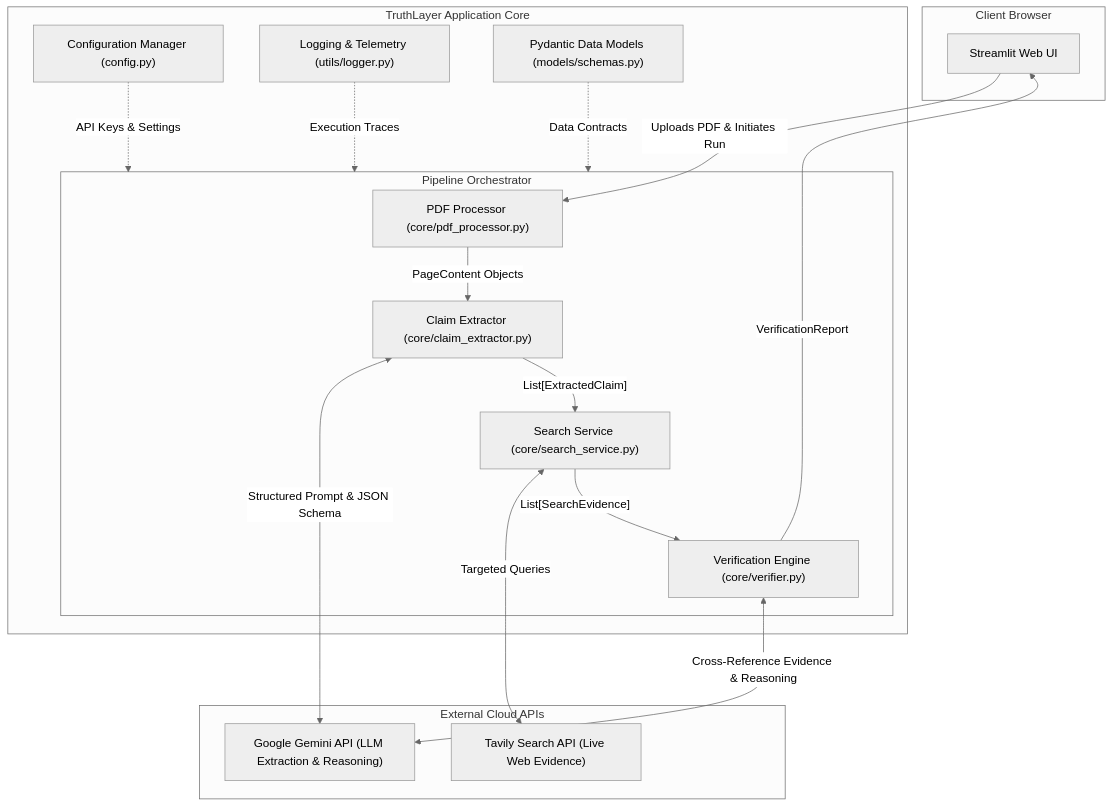
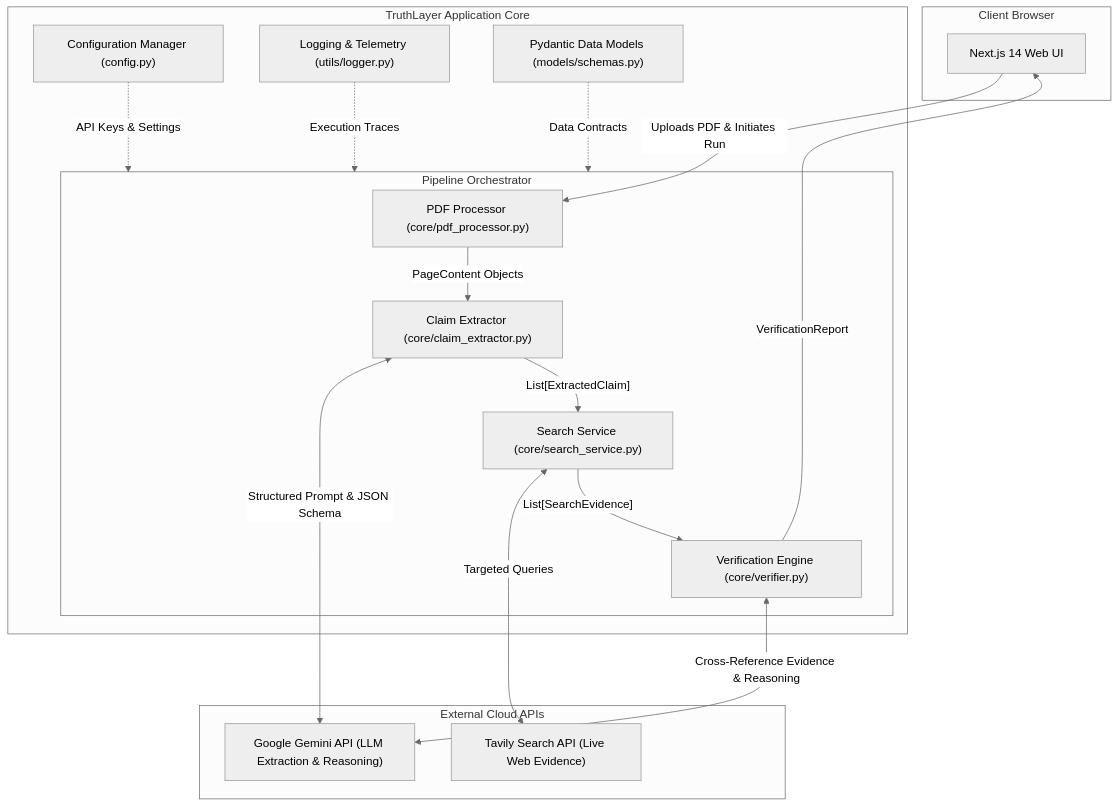
Before and after one commit to Himanshukla23/TruthLayer: the first of 3 diagrams in ARCHITECTURE.md, drawn with Mermaid (neutral theme). The commit also changed other lines of this file and 4 other files, not shown here.

````diff
--- a/ARCHITECTURE.md
+++ b/ARCHITECTURE.md
@@ -99,38 +99,38 @@
 ```mermaid
 flowchart TD
     subgraph Client["Client Browser"]
-        UI["Streamlit Web UI"]
+        UI["Next.js 14 Web UI"]
     end
 
     subgraph AppServer["TruthLayer Application Core"]
         Config["Configuration Manager (config.py)"]
         Logger["Logging & Telemetry (utils/logger.py)"]
         
         subgraph Pipeline["Pipeline Orchestrator"]
             PDFProc["PDF Processor (core/pdf_processor.py)"]
             ClaimExt["Claim Extractor (core/claim_extractor.py)"]
             SearchSvc["Search Service (core/search_service.py)"]
             VerifyEng["Verification Engine (core/verifier.py)"]
         end
         
         Models["Pydantic Data Models (models/schemas.py)"]
     end
 
     subgraph ExternalServices["External Cloud APIs"]
         GeminiAPI["Google Gemini API (LLM Extraction & Reasoning)"]
         TavilyAPI["Tavily Search API (Live Web Evidence)"]
     end
 
     UI -->|"Uploads PDF & Initiates Run"| PDFProc
     PDFProc -->|"PageContent Objects"| ClaimExt
     ClaimExt <-->|"Structured Prompt & JSON Schema"| GeminiAPI
     ClaimExt -->|"List[ExtractedClaim]"| SearchSvc
     SearchSvc <-->|"Targeted Queries"| TavilyAPI
     SearchSvc -->|"List[SearchEvidence]"| VerifyEng
     VerifyEng <-->|"Cross-Reference Evidence & Reasoning"| GeminiAPI
     VerifyEng -->|"VerificationReport"| UI
     
     Config -.->|"API Keys & Settings"| Pipeline
     Logger -.->|"Execution Traces"| Pipeline
     Models -.->|"Data Contracts"| Pipeline
 ```
````
